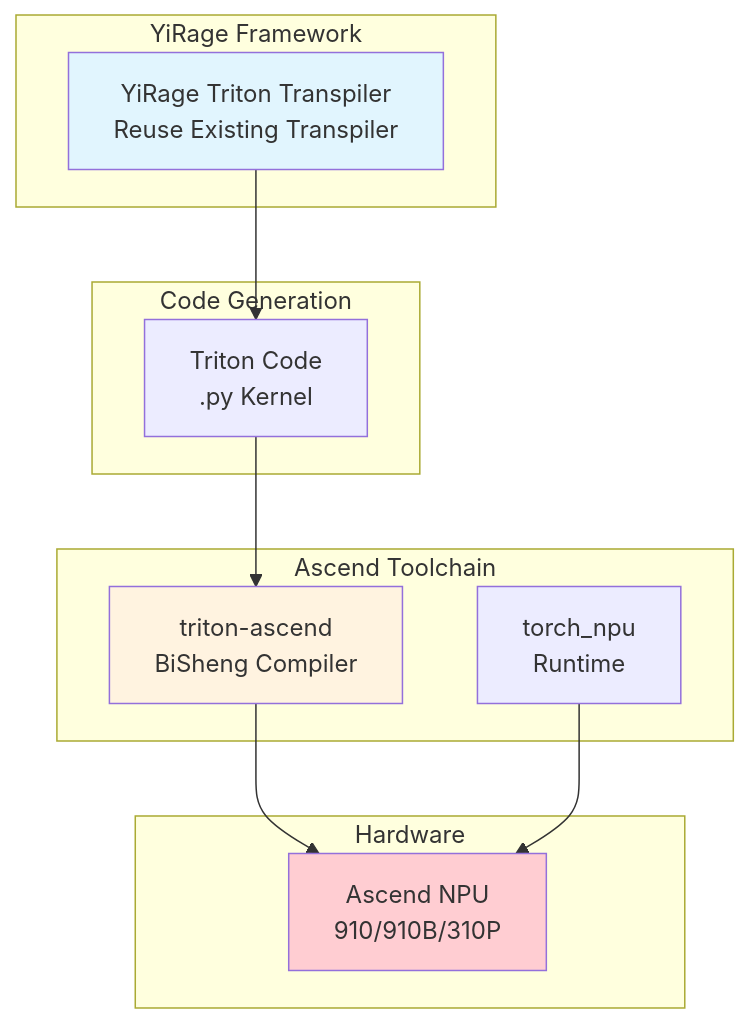
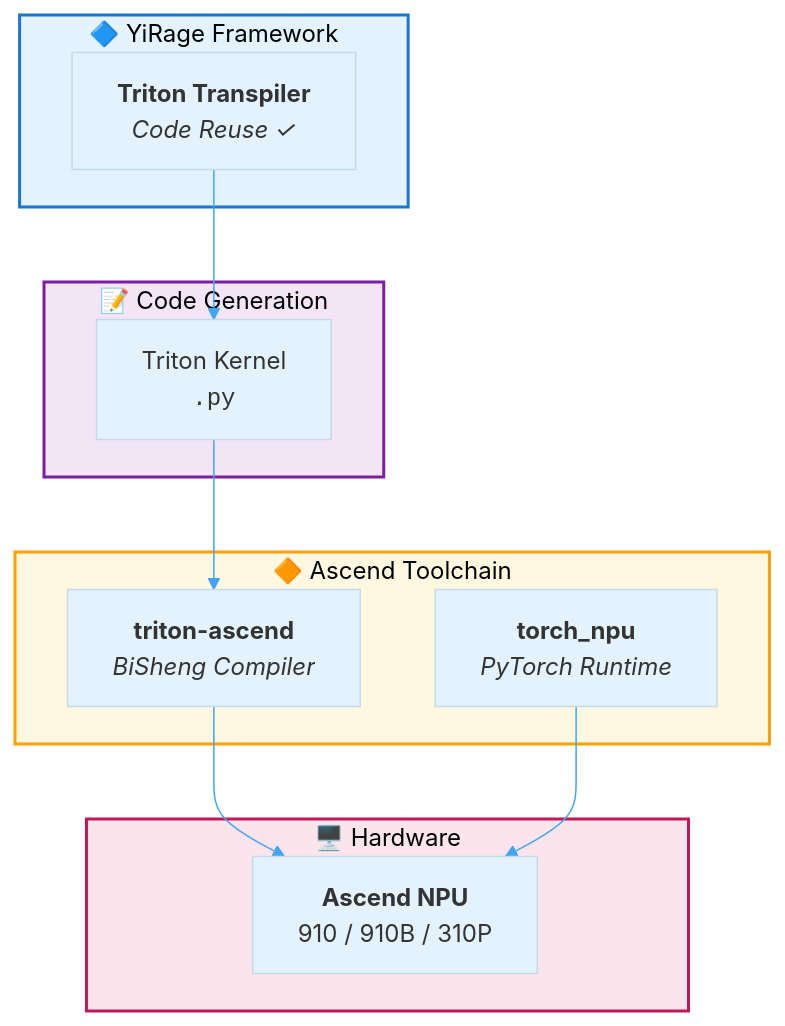
Before and after one commit to chenxingqiang/YiRage: the second of 2 diagrams in docs/ascend_quick_start.md, drawn with Mermaid. The commit also changed other lines of this file and 3 other files, not shown here.

First line of the commit message:
docs: upgrade Mermaid diagrams to professional style

````diff
--- a/docs/ascend_quick_start.md
+++ b/docs/ascend_quick_start.md
@@ -190,26 +192,28 @@
 ```mermaid
+%%{init: {'theme': 'base', 'themeVariables': { 'primaryColor': '#e3f2fd', 'lineColor': '#42a5f5'}}}%%
 flowchart TB
-    subgraph "YiRage Framework"
-        A[YiRage Triton Transpiler<br/>Reuse Existing Transpiler]
+    subgraph YIRAGE["🔷 YiRage Framework"]
+        A["<b>Triton Transpiler</b><br/><i>Code Reuse ✓</i>"]
     end
 
-    subgraph "Code Generation"
-        B[Triton Code<br/>.py Kernel]
+    subgraph CODEGEN["📝 Code Generation"]
+        B["Triton Kernel<br/><code>.py</code>"]
     end
 
-    subgraph "Ascend Toolchain"
-        C[triton-ascend<br/>BiSheng Compiler]
-        D[torch_npu<br/>Runtime]
+    subgraph ASCEND["🔶 Ascend Toolchain"]
+        C["<b>triton-ascend</b><br/><i>BiSheng Compiler</i>"]
+        D["<b>torch_npu</b><br/><i>PyTorch Runtime</i>"]
     end
 
-    subgraph "Hardware"
-        E[Ascend NPU<br/>910/910B/310P]
+    subgraph HW["🖥️ Hardware"]
+        E["<b>Ascend NPU</b><br/>910 / 910B / 310P"]
     end
 
     A --> B --> C --> E
     D --> E
 
-    style A fill:#e1f5fe
-    style C fill:#fff3e0
-    style E fill:#ffcdd2
+    style YIRAGE fill:#e3f2fd,stroke:#1976d2,stroke-width:2px
+    style CODEGEN fill:#f3e5f5,stroke:#7b1fa2,stroke-width:2px
+    style ASCEND fill:#fff8e1,stroke:#ffa000,stroke-width:2px
+    style HW fill:#fce4ec,stroke:#c2185b,stroke-width:2px
 ```
````
